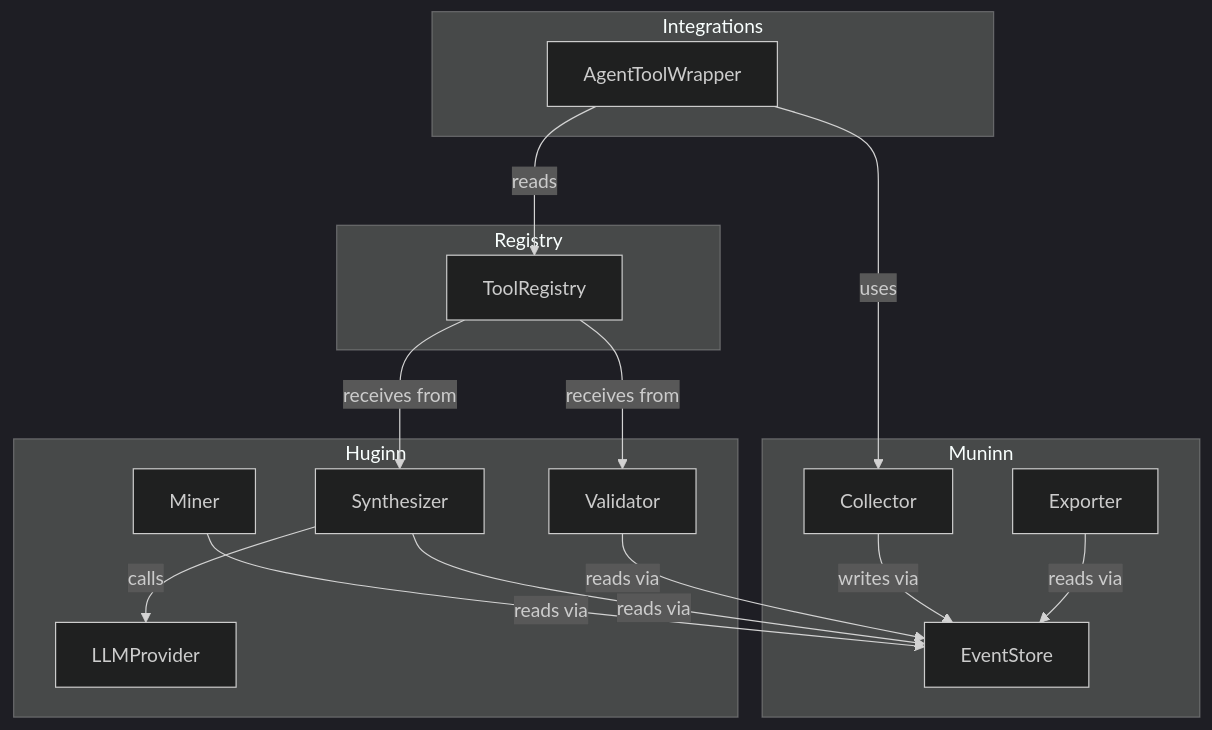
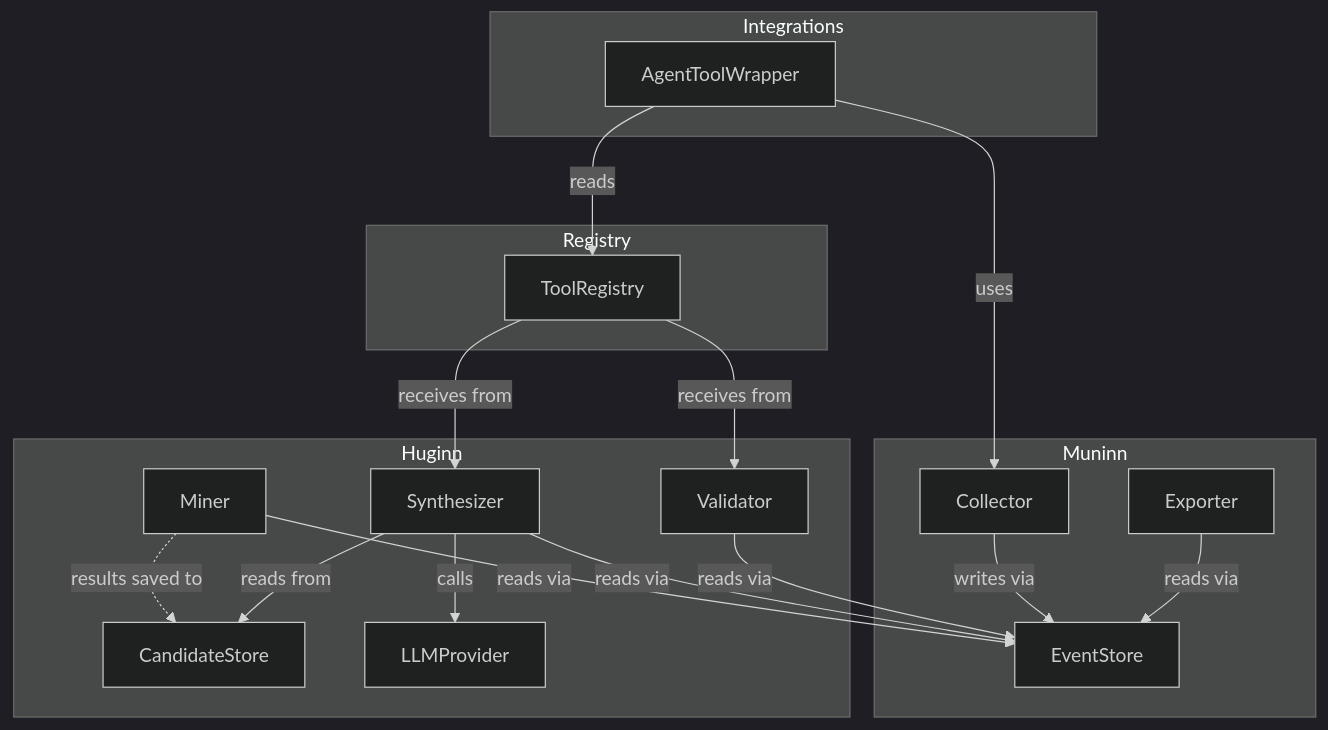
Before and after one commit to southpawriter02/twinraven: the diagram in docs/design/service-interfaces.md, drawn with Mermaid (dark theme). The commit also changed other lines of this file, not shown here.

Commit message:
feat: introduce CandidateStore interface and clarify Validator's purely offline replay protocol.

````diff
--- a/docs/design/service-interfaces.md
+++ b/docs/design/service-interfaces.md
@@ -507,34 +554,37 @@
 ```mermaid
 graph TD
     subgraph Integrations
         ATW["AgentToolWrapper"]
     end
 
     subgraph Muninn
         C["Collector"]
         ES["EventStore"]
         EX["Exporter"]
     end
 
     subgraph Huginn
         MI["Miner"]
+        CS["CandidateStore"]
         SY["Synthesizer"]
         VA["Validator"]
         LLM["LLMProvider"]
     end
 
     subgraph Registry
         TR["ToolRegistry"]
     end
 
     ATW -->|"uses"| C
     ATW -->|"reads"| TR
     C -->|"writes via"| ES
     EX -->|"reads via"| ES
     MI -->|"reads via"| ES
+    MI -.->|"results saved to"| CS
     SY -->|"reads via"| ES
+    SY -->|"reads from"| CS
     SY -->|"calls"| LLM
     VA -->|"reads via"| ES
     TR -->|"receives from"| SY
     TR -->|"receives from"| VA
 ```
````
